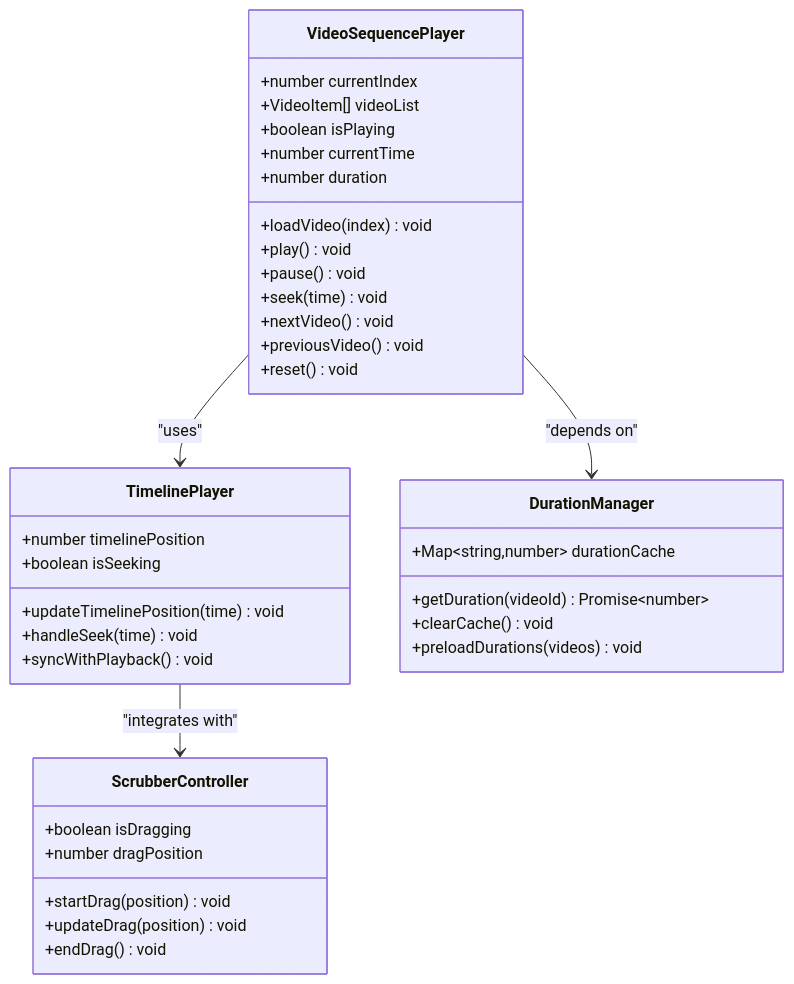
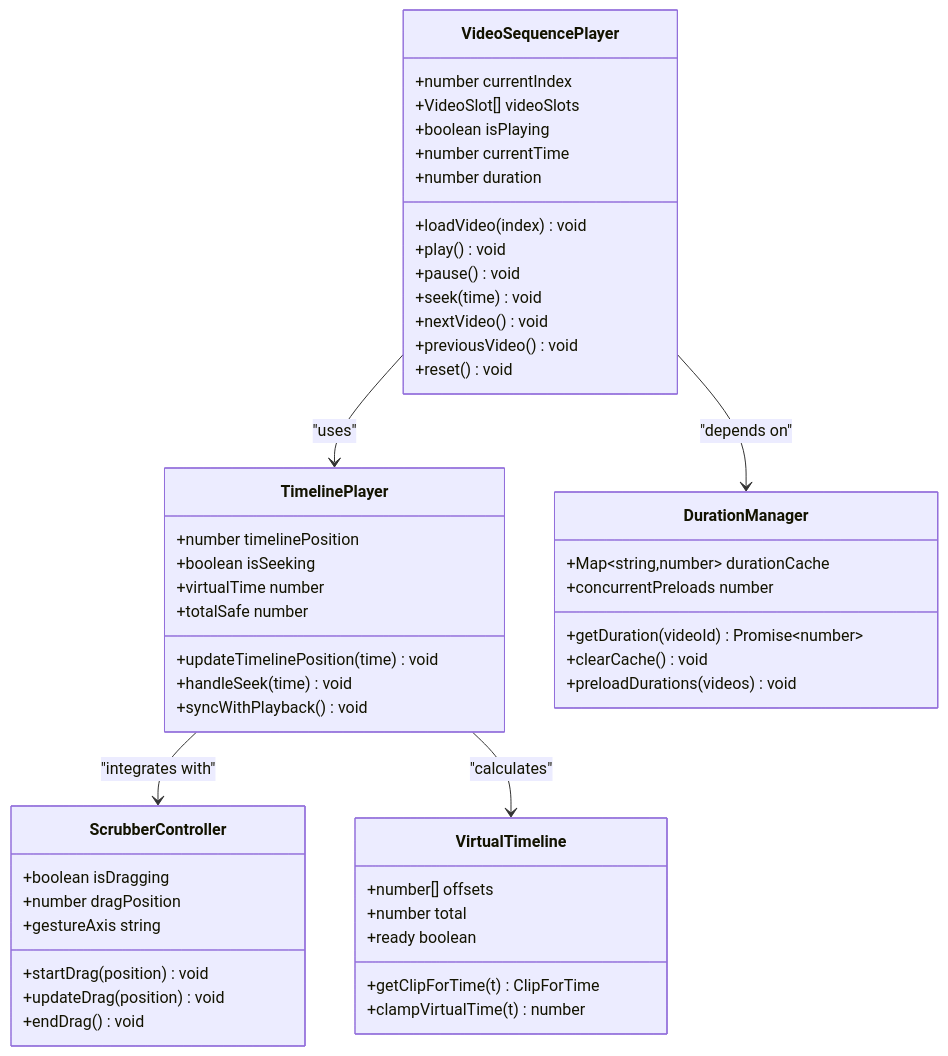
Before and after one commit to 156258852/video-rn: the second of 7 diagrams in .qoder/repowiki/en/content/State Management/Video Sequence State Management.md, drawn with Mermaid. The commit also changed other lines of this file and 5 other files, not shown here.

````diff
--- a/.qoder/repowiki/en/content/State Management/Video Sequence State Management.md
+++ b/.qoder/repowiki/en/content/State Management/Video Sequence State Management.md
@@ -101,40 +121,52 @@
 ```mermaid
 classDiagram
 class VideoSequencePlayer {
 +number currentIndex
-+VideoItem[] videoList
++VideoSlot[] videoSlots
 +boolean isPlaying
 +number currentTime
 +number duration
 +loadVideo(index) void
 +play() void
 +pause() void
 +seek(time) void
 +nextVideo() void
 +previousVideo() void
 +reset() void
 }
 class TimelinePlayer {
 +number timelinePosition
 +boolean isSeeking
 +updateTimelinePosition(time) void
 +handleSeek(time) void
 +syncWithPlayback() void
++virtualTime number
++totalSafe number
 }
 class DurationManager {
 +Map~string,number~ durationCache
 +getDuration(videoId) Promise~number~
 +clearCache() void
 +preloadDurations(videos) void
++concurrentPreloads number
 }
 class ScrubberController {
 +boolean isDragging
 +number dragPosition
 +startDrag(position) void
 +updateDrag(position) void
 +endDrag() void
++gestureAxis string
+}
+class VirtualTimeline {
++number[] offsets
++number total
++ready boolean
++getClipForTime(t) ClipForTime
++clampVirtualTime(t) number
 }
 VideoSequencePlayer --> TimelinePlayer : "uses"
 VideoSequencePlayer --> DurationManager : "depends on"
 TimelinePlayer --> ScrubberController : "integrates with"
+TimelinePlayer --> VirtualTimeline : "calculates"
 ```
````
